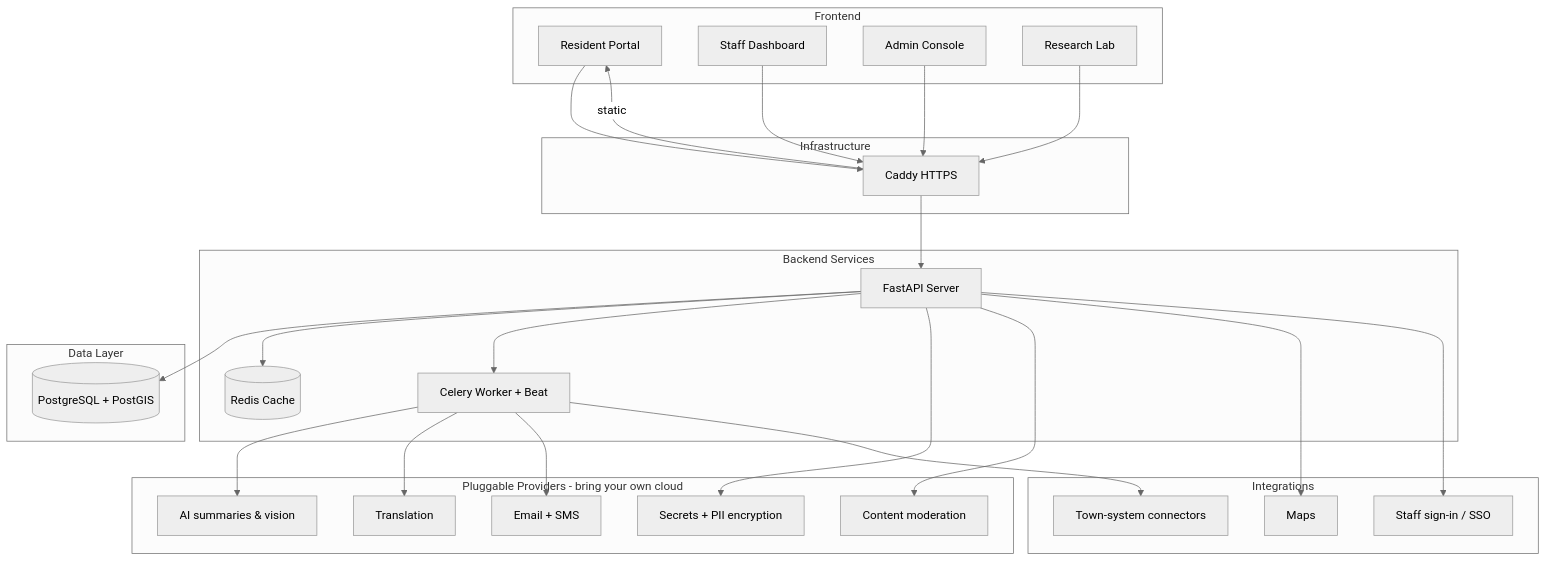
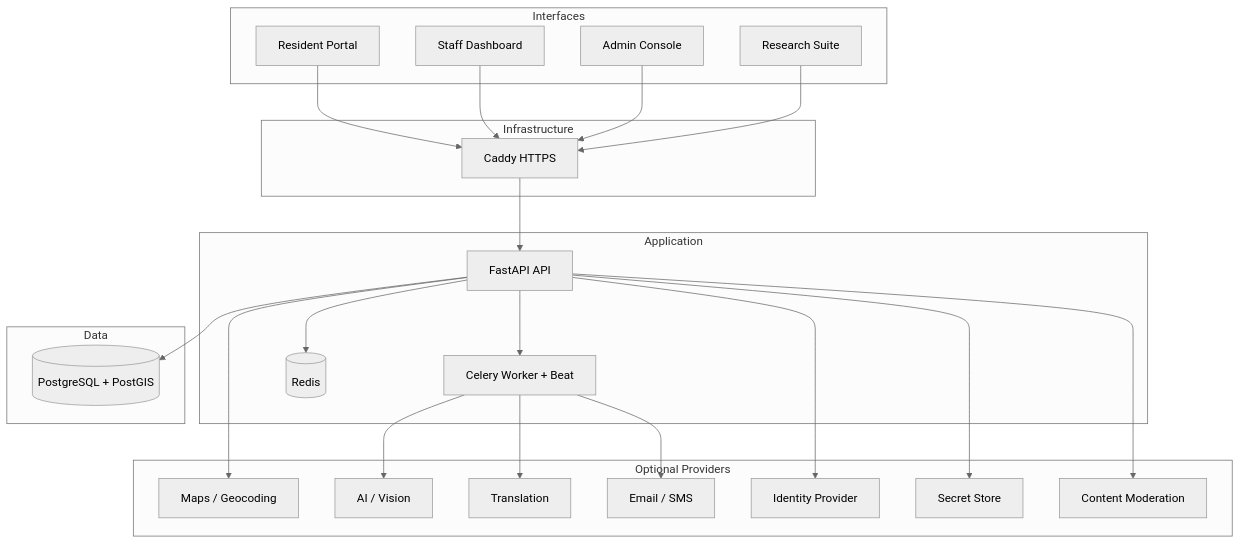
One commit to Pinpoint-311/Pinpoint-311 changed the first of 4 diagrams in README.md. Above: the diagram before and after it, drawn with Mermaid (neutral theme). The commit also changed other lines of this file, not shown here.

````diff
--- a/README.md
+++ b/README.md
@@ -138,58 +437,53 @@
 ```mermaid
 graph TB
-    subgraph "Frontend"
-        RP[Resident Portal]
-        SP[Staff Dashboard]
-        AC[Admin Console]
-        RL[Research Lab]
+    subgraph Interfaces
+        Resident[Resident Portal]
+        Staff[Staff Dashboard]
+        Admin[Admin Console]
+        Research[Research Suite]
     end
 
-    subgraph "Backend Services"
-        API[FastAPI Server]
-        WK[Celery Worker + Beat]
-        RD[(Redis Cache)]
+    subgraph Application
+        API[FastAPI API]
+        Worker[Celery Worker + Beat]
+        Redis[(Redis)]
     end
 
-    subgraph "Data Layer"
-        PG[(PostgreSQL + PostGIS)]
+    subgraph Data
+        Database[(PostgreSQL + PostGIS)]
     end
 
-    subgraph "Infrastructure"
-        CD[Caddy HTTPS]
+    subgraph Infrastructure
+        Caddy[Caddy HTTPS]
     end
 
-    subgraph "Pluggable Providers - bring your own cloud"
-        AI[AI summaries & vision]
-        TR[Translation]
-        SEC[Secrets + PII encryption]
-        MSG[Email + SMS]
-        MOD[Content moderation]
+    subgraph Optional Providers
+        Maps[Maps / Geocoding]
+        AI[AI / Vision]
+        Translation[Translation]
+        Messaging[Email / SMS]
+        Identity[Identity Provider]
+        Secrets[Secret Store]
+        Moderation[Content Moderation]
     end
 
-    subgraph "Integrations"
-        GM[Maps]
-        IDP[Staff sign-in / SSO]
-        GT[Town-system connectors]
-    end
+    Resident --> Caddy
+    Staff --> Caddy
+    Admin --> Caddy
+    Research --> Caddy
 
-    RP --> CD
-    SP --> CD
-    AC --> CD
-    RL --> CD
-    CD --> API
-    CD --> |static| RP
+    Caddy --> API
 
-    API --> PG
-    API --> RD
-    API --> WK
+    API --> Database
+    API --> Redis
+    API --> Worker
 
-    WK --> AI
-    WK --> TR
-    WK --> MSG
+    API --> Maps
+    API --> Identity
+    API --> Secrets
+    API --> Moderation
 
-    API --> SEC
-    API --> MOD
-    API --> GM
-    API --> IDP
-    WK --> GT
+    Worker --> AI
+    Worker --> Translation
+    Worker --> Messaging
 ```
````
